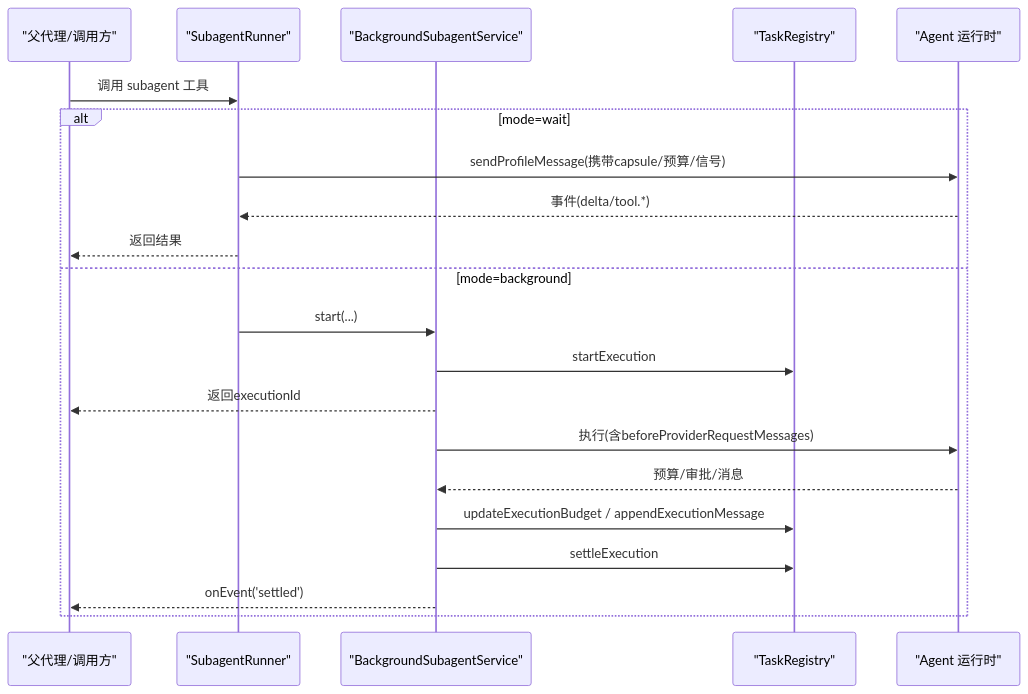
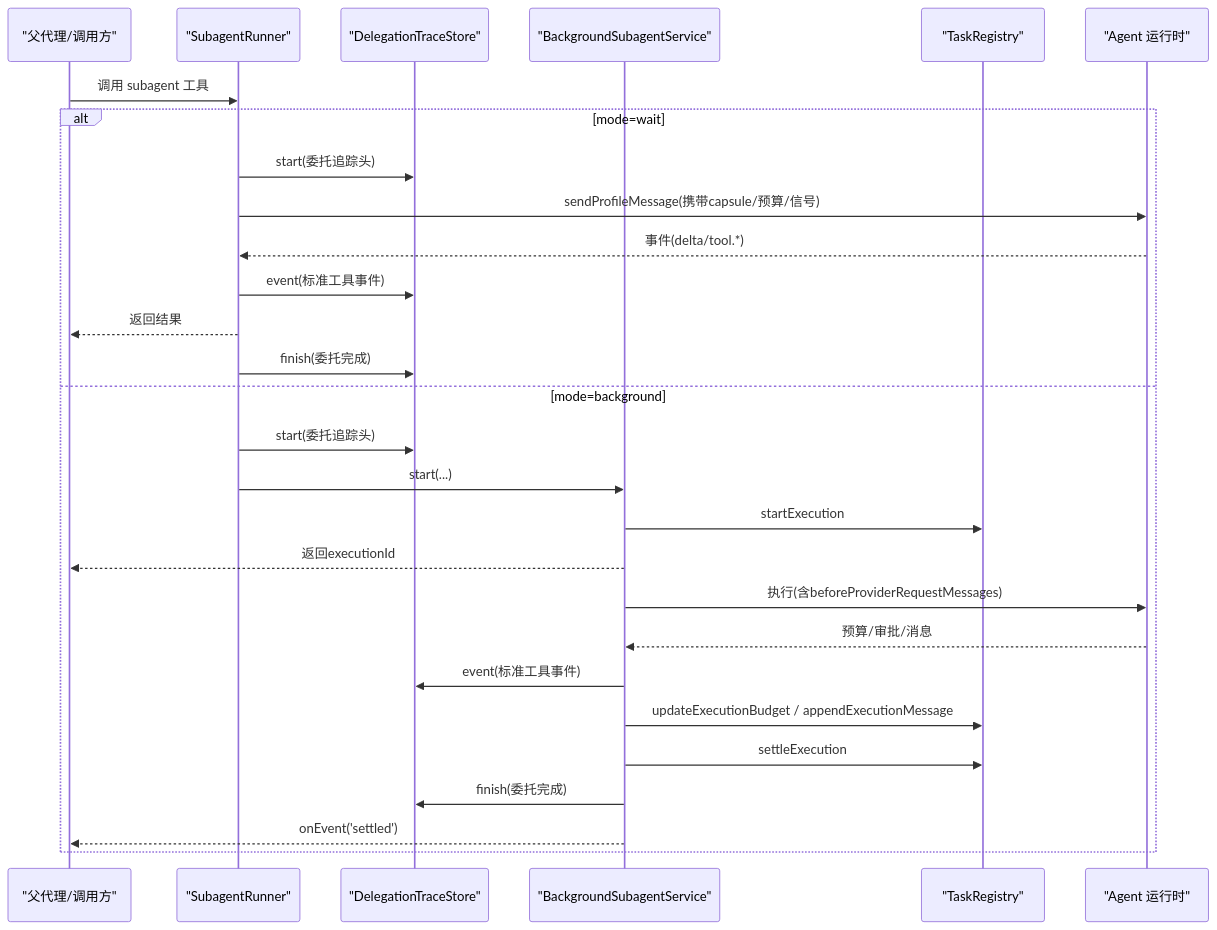
The seventh of 8 diagrams in .qoder/repowiki/zh/content/架构设计/主进程架构/Agent 编排系统/SubagentRunner 子代理执行器.md (haolange/RDC-Agent), drawn with Mermaid before and after one commit. The commit also changed other lines of this file and 25 other files, not shown here.

````diff
--- a/.qoder/repowiki/zh/content/架构设计/主进程架构/Agent 编排系统/SubagentRunner 子代理执行器.md
+++ b/.qoder/repowiki/zh/content/架构设计/主进程架构/Agent 编排系统/SubagentRunner 子代理执行器.md
@@ -258,23 +300,30 @@
 ```mermaid
 sequenceDiagram
 participant Parent as "父代理/调用方"
 participant Runner as "SubagentRunner"
+participant Trace as "DelegationTraceStore"
 participant Service as "BackgroundSubagentService"
 participant Registry as "TaskRegistry"
 participant Agent as "Agent 运行时"
 Parent->>Runner : 调用 subagent 工具
 alt mode=wait
+Runner->>Trace : start(委托追踪头)
 Runner->>Agent : sendProfileMessage(携带capsule/预算/信号)
 Agent-->>Runner : 事件(delta/tool.*)
+Runner->>Trace : event(标准工具事件)
 Runner-->>Parent : 返回结果
+Runner->>Trace : finish(委托完成)
 else mode=background
+Runner->>Trace : start(委托追踪头)
 Runner->>Service : start(...)
 Service->>Registry : startExecution
 Service-->>Parent : 返回executionId
 Service->>Agent : 执行(含beforeProviderRequestMessages)
 Agent-->>Service : 预算/审批/消息
+Service->>Trace : event(标准工具事件)
 Service->>Registry : updateExecutionBudget / appendExecutionMessage
 Service->>Registry : settleExecution
+Service->>Trace : finish(委托完成)
 Service-->>Parent : onEvent('settled')
 end
 ```
````
